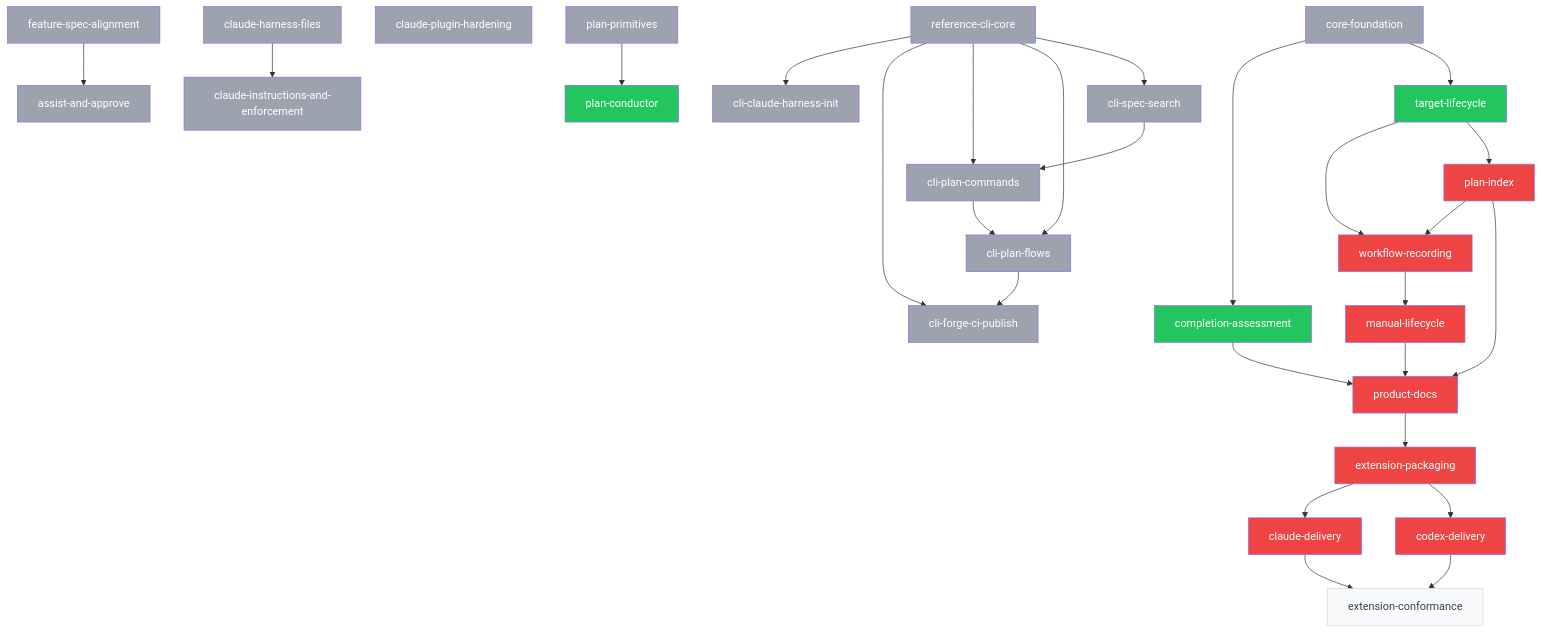
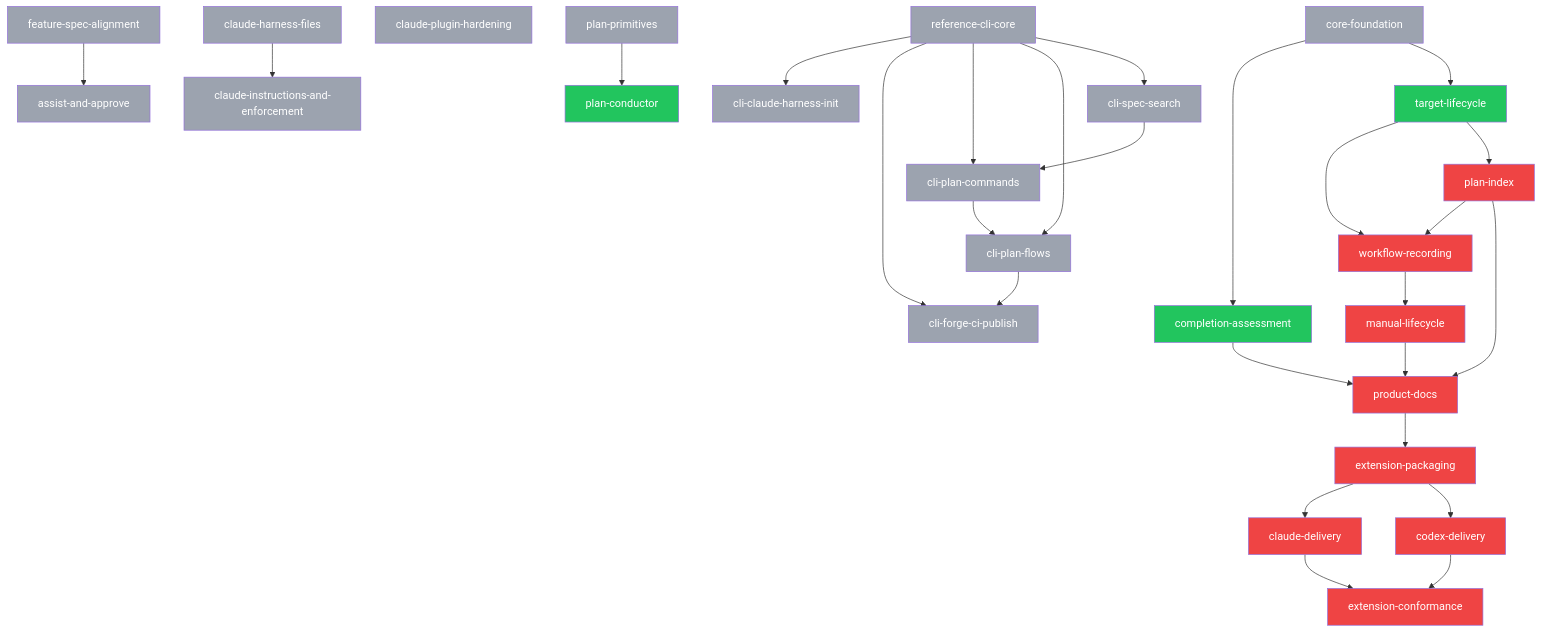
The diagram in plans/PLANS.md (SpiralSky/specplane), drawn with Mermaid before and after one commit. The commit also changed other lines of this file and 1 other file, not shown here.

Commit message:
docs(2026-11-01-extension-conformance): approve plan
Specplane-Workflow: approve
Specplane-Agent: claude-code/claude-opus-5-5
Specplane-Session: 34265f08-4042-4656-a421-be12c7913e61

````diff
--- a/plans/PLANS.md
+++ b/plans/PLANS.md
@@ -41,60 +41,60 @@
 ```mermaid
 graph TD
     p_2026_10_28_reference_cli_core[reference-cli-core]:::done
     p_2026_10_29_assist_and_approve[assist-and-approve]:::done
     p_2026_10_29_claude_harness_files[claude-harness-files]:::done
     p_2026_10_29_claude_instructions_and_enforcement[claude-instructions-and-enforcement]:::done
     p_2026_10_29_claude_plugin_hardening[claude-plugin-hardening]:::done
     p_2026_10_29_cli_claude_harness_init[cli-claude-harness-init]:::done
     p_2026_10_29_cli_forge_ci_publish[cli-forge-ci-publish]:::done
     p_2026_10_29_cli_plan_commands[cli-plan-commands]:::done
     p_2026_10_29_cli_plan_flows[cli-plan-flows]:::done
     p_2026_10_29_cli_spec_search[cli-spec-search]:::done
     p_2026_10_29_feature_spec_alignment[feature-spec-alignment]:::done
     p_2026_10_30_plan_conductor[plan-conductor]:::ready
     p_2026_10_30_plan_primitives[plan-primitives]:::done
     p_2026_11_01_claude_delivery[claude-delivery]:::blocked
     p_2026_11_01_codex_delivery[codex-delivery]:::blocked
     p_2026_11_01_core_foundation[core-foundation]:::done
-    p_2026_11_01_extension_conformance[extension-conformance]:::draft
+    p_2026_11_01_extension_conformance[extension-conformance]:::blocked
     p_2026_11_01_extension_packaging[extension-packaging]:::blocked
     p_2026_11_01_manual_lifecycle[manual-lifecycle]:::blocked
     p_2026_11_01_workflow_recording[workflow-recording]:::blocked
     p_2026_11_02_completion_assessment[completion-assessment]:::ready
     p_2026_11_02_plan_index[plan-index]:::blocked
     p_2026_11_02_product_docs[product-docs]:::blocked
     p_2026_11_02_target_lifecycle[target-lifecycle]:::ready
     p_2026_10_29_feature_spec_alignment --> p_2026_10_29_assist_and_approve
     p_2026_10_29_claude_harness_files --> p_2026_10_29_claude_instructions_and_enforcement
     p_2026_10_28_reference_cli_core --> p_2026_10_29_cli_claude_harness_init
     p_2026_10_28_reference_cli_core --> p_2026_10_29_cli_forge_ci_publish
     p_2026_10_29_cli_plan_flows --> p_2026_10_29_cli_forge_ci_publish
     p_2026_10_28_reference_cli_core --> p_2026_10_29_cli_plan_commands
     p_2026_10_29_cli_spec_search --> p_2026_10_29_cli_plan_commands
     p_2026_10_28_reference_cli_core --> p_2026_10_29_cli_plan_flows
     p_2026_10_29_cli_plan_commands --> p_2026_10_29_cli_plan_flows
     p_2026_10_28_reference_cli_core --> p_2026_10_29_cli_spec_search
     p_2026_10_30_plan_primitives --> p_2026_10_30_plan_conductor
     p_2026_11_01_extension_packaging --> p_2026_11_01_claude_delivery
     p_2026_11_01_extension_packaging --> p_2026_11_01_codex_delivery
     p_2026_11_01_claude_delivery --> p_2026_11_01_extension_conformance
     p_2026_11_01_codex_delivery --> p_2026_11_01_extension_conformance
     p_2026_11_02_product_docs --> p_2026_11_01_extension_packaging
     p_2026_11_01_workflow_recording --> p_2026_11_01_manual_lifecycle
     p_2026_11_02_plan_index --> p_2026_11_01_workflow_recording
     p_2026_11_02_target_lifecycle --> p_2026_11_01_workflow_recording
     p_2026_11_01_core_foundation --> p_2026_11_02_completion_assessment
     p_2026_11_02_target_lifecycle --> p_2026_11_02_plan_index
     p_2026_11_01_manual_lifecycle --> p_2026_11_02_product_docs
     p_2026_11_02_completion_assessment --> p_2026_11_02_product_docs
     p_2026_11_02_plan_index --> p_2026_11_02_product_docs
     p_2026_11_01_core_foundation --> p_2026_11_02_target_lifecycle
     classDef draft fill:#f9fafb,color:#374151,stroke:#d1d5db
     classDef ready fill:#22c55e,color:#fff
     classDef blocked fill:#ef4444,color:#fff
     classDef in_progress fill:#3b82f6,color:#fff
     classDef review fill:#60a5fa,color:#fff
     classDef done fill:#9ca3af,color:#fff
     classDef abandoned fill:#9ca3af,color:#fff,text-decoration:line-through
     classDef shelved fill:#fef3c7,color:#92400e,stroke:#d97706
 ```
````
